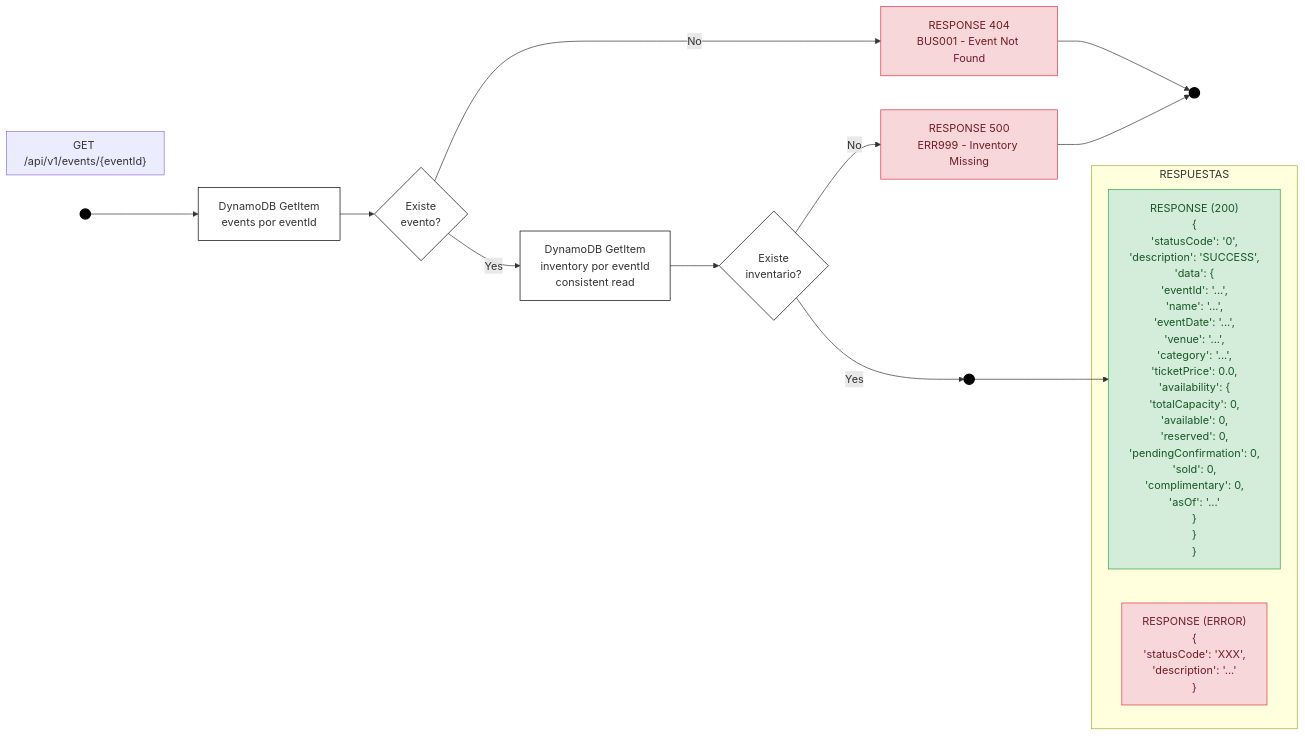
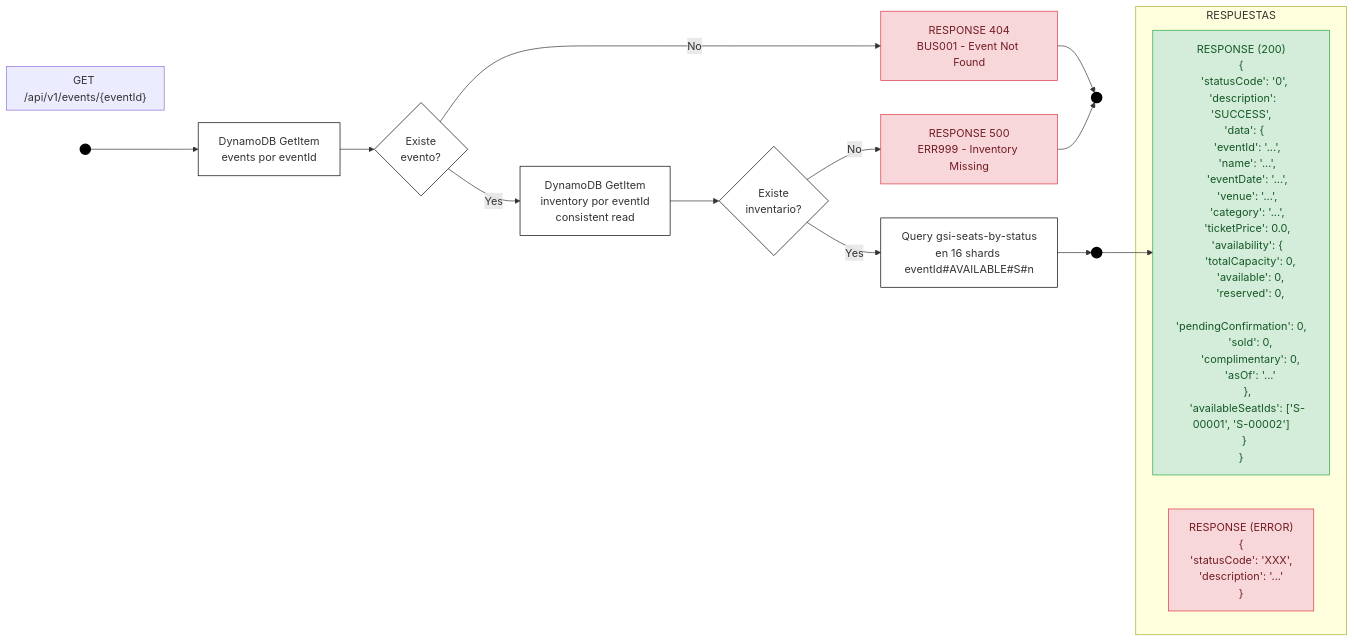
One commit to EstebanRCarmona/ticketing-Nequi changed the diagram in docs/diagramas-flujo/mermaid/03-get-event-by-id.md. Above: the diagram before and after it, drawn with Mermaid. The commit also changed 29 other files, not shown here.

Commit message:
docs: update ticketing flows and architecture

````diff
--- a/docs/diagramas-flujo/mermaid/03-get-event-by-id.md
+++ b/docs/diagramas-flujo/mermaid/03-get-event-by-id.md
@@ -1,37 +1,38 @@
 ```mermaid
 graph LR
     classDef start_end fill:#000,stroke:#000,color:#fff,stroke-width:2px;
     classDef process fill:#fff,stroke:#000,stroke-width:1px;
     classDef decision fill:#fff,stroke:#000,stroke-width:1px;
     classDef success fill:#d4edda,stroke:#28a745,stroke-width:1px,color:#155724;
     classDef error fill:#f8d7da,stroke:#dc3545,stroke-width:1px,color:#721c24;
 
     subgraph Header ["GET /api/v1/events/{eventId}"]
         direction LR
     end
 
     Start(( )) --> BuscarEvento["DynamoDB GetItem<br/>events por eventId"]
 
     BuscarEvento --> ExisteEvento{Existe<br/>evento?}
     ExisteEvento -- No --> R404[RESPONSE 404<br/>BUS001 - Event Not Found]
     ExisteEvento -- Yes --> BuscarInventario["DynamoDB GetItem<br/>inventory por eventId<br/>consistent read"]
 
     BuscarInventario --> ExisteInventario{Existe<br/>inventario?}
     ExisteInventario -- No --> R500[RESPONSE 500<br/>ERR999 - Inventory Missing]
-    ExisteInventario -- Yes --> SuccessNode(( ))
+    ExisteInventario -- Yes --> BuscarAsientos["Query gsi-seats-by-status<br/>en 16 shards eventId#AVAILABLE#S#n"]
+    BuscarAsientos --> SuccessNode(( ))
     SuccessNode --> R200
 
     subgraph RESPONSES ["RESPUESTAS"]
-        R200["RESPONSE (200)<br/>{<br/>  'statusCode': '0',<br/>  'description': 'SUCCESS',<br/>  'data': {<br/>    'eventId': '...',<br/>    'name': '...',<br/>    'eventDate': '...',<br/>    'venue': '...',<br/>    'category': '...',<br/>    'ticketPrice': 0.0,<br/>    'availability': {<br/>      'totalCapacity': 0,<br/>      'available': 0,<br/>      'reserved': 0,<br/>      'pendingConfirmation': 0,<br/>      'sold': 0,<br/>      'complimentary': 0,<br/>      'asOf': '...'<br/>    }<br/>  }<br/>}"]
+        R200["RESPONSE (200)<br/>{<br/>  'statusCode': '0',<br/>  'description': 'SUCCESS',<br/>  'data': {<br/>    'eventId': '...',<br/>    'name': '...',<br/>    'eventDate': '...',<br/>    'venue': '...',<br/>    'category': '...',<br/>    'ticketPrice': 0.0,<br/>    'availability': {<br/>      'totalCapacity': 0,<br/>      'available': 0,<br/>      'reserved': 0,<br/>      'pendingConfirmation': 0,<br/>      'sold': 0,<br/>      'complimentary': 0,<br/>      'asOf': '...'<br/>    },<br/>    'availableSeatIds': ['S-00001', 'S-00002']<br/>  }<br/>}"]
         R_ERR["RESPONSE (ERROR)<br/>{<br/>  'statusCode': 'XXX',<br/>  'description': '...'<br/>}"]
     end
 
     R404 --> EndNode(( ))
     R500 --> EndNode
 
     class Start,SuccessNode,EndNode start_end;
-    class BuscarEvento,BuscarInventario process;
+    class BuscarEvento,BuscarInventario,BuscarAsientos process;
     class ExisteEvento,ExisteInventario decision;
     class R200 success;
     class R404,R500,R_ERR error;
 ```
````
